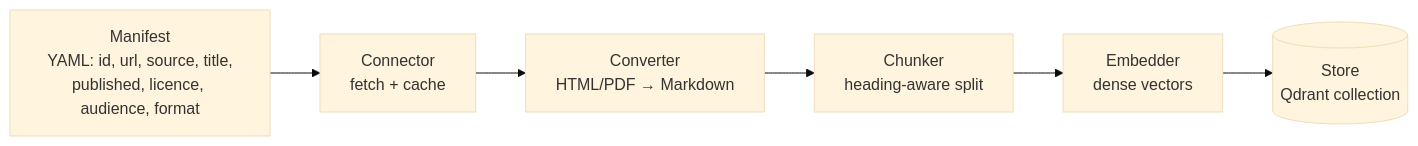
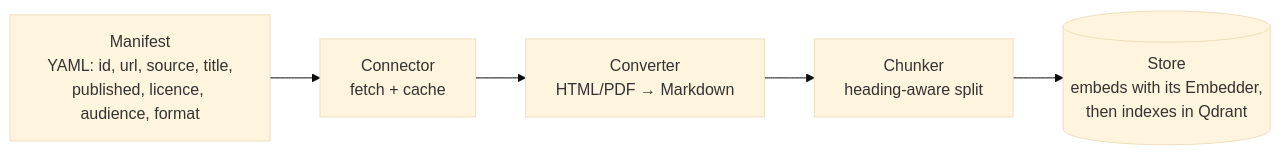
Before and after one commit to Aziz-Zeghal/endometriosis-rag: the first of 2 diagrams in docs/architecture.md, drawn with Mermaid (base theme). The commit also changed other lines of this file and 17 other files, not shown here.

First line of the commit message:
refactor(ingestion): the vector store owns its embedder; docs: widget frontend, class diagrams

````diff
--- a/docs/architecture.md
+++ b/docs/architecture.md
@@ -24,8 +24,7 @@
 ```mermaid
 flowchart LR
     M[Manifest<br/>YAML: id, url, source, title,<br/>published, licence, audience, format] --> C[Connector<br/>fetch + cache]
     C --> V[Converter<br/>HTML/PDF → Markdown]
     V --> K[Chunker<br/>heading-aware split]
-    K --> E[Embedder<br/>dense vectors]
-    E --> S[(Store<br/>Qdrant collection)]
+    K --> S[(Store<br/>embeds with its Embedder,<br/>then indexes in Qdrant)]
 ```
````
